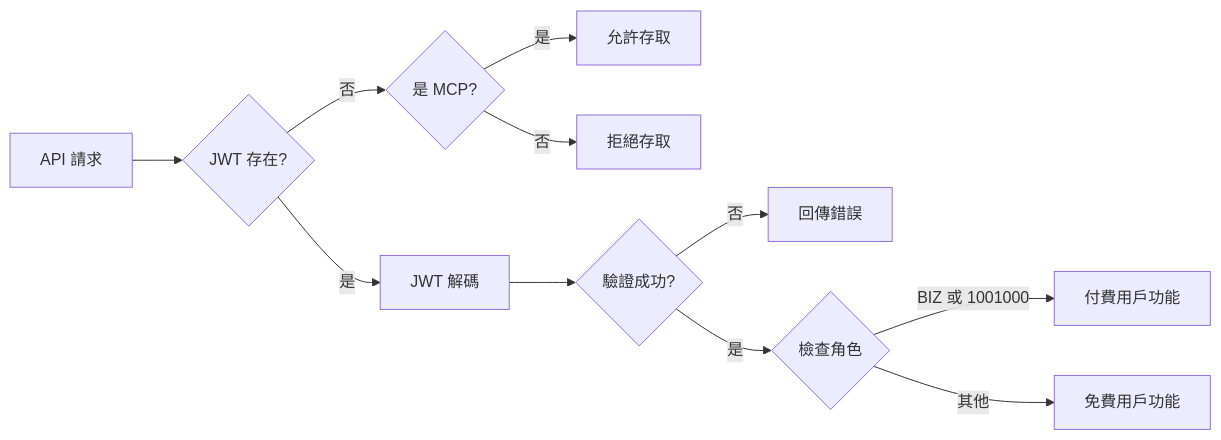
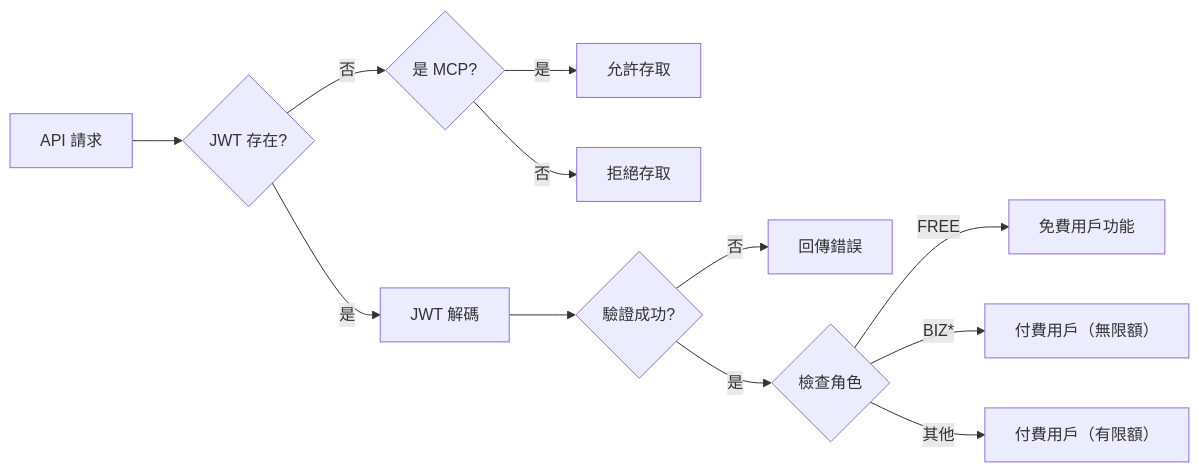
Before and after one commit to x1001000/mm-madam-aws: the sixth of 6 diagrams in ARCHITECTURE.md, drawn with Mermaid. The commit also changed other lines of this file and 2 other files, not shown here.

First line of the commit message:
Add per-role usage limits with external usage API check

````diff
--- a/ARCHITECTURE.md
+++ b/ARCHITECTURE.md
@@ -347,15 +361,16 @@
 ```mermaid
 flowchart LR
     Request["API 請求"] --> Check{JWT 存在?}
     Check -->|否| MCP{是 MCP?}
     MCP -->|是| Allow["允許存取"]
     MCP -->|否| Deny["拒絕存取"]
 
     Check -->|是| Decode["JWT 解碼"]
     Decode --> Verify{驗證成功?}
     Verify -->|否| Error["回傳錯誤"]
     Verify -->|是| CheckRole{檢查角色}
 
-    CheckRole -->|BIZ 或 1001000| Paid["付費用戶功能"]
-    CheckRole -->|其他| Free["免費用戶功能"]
+    CheckRole -->|FREE| Free["免費用戶功能"]
+    CheckRole -->|BIZ*| Biz["付費用戶（無限額）"]
+    CheckRole -->|其他| Paid["付費用戶（有限額）"]
 ```
````
